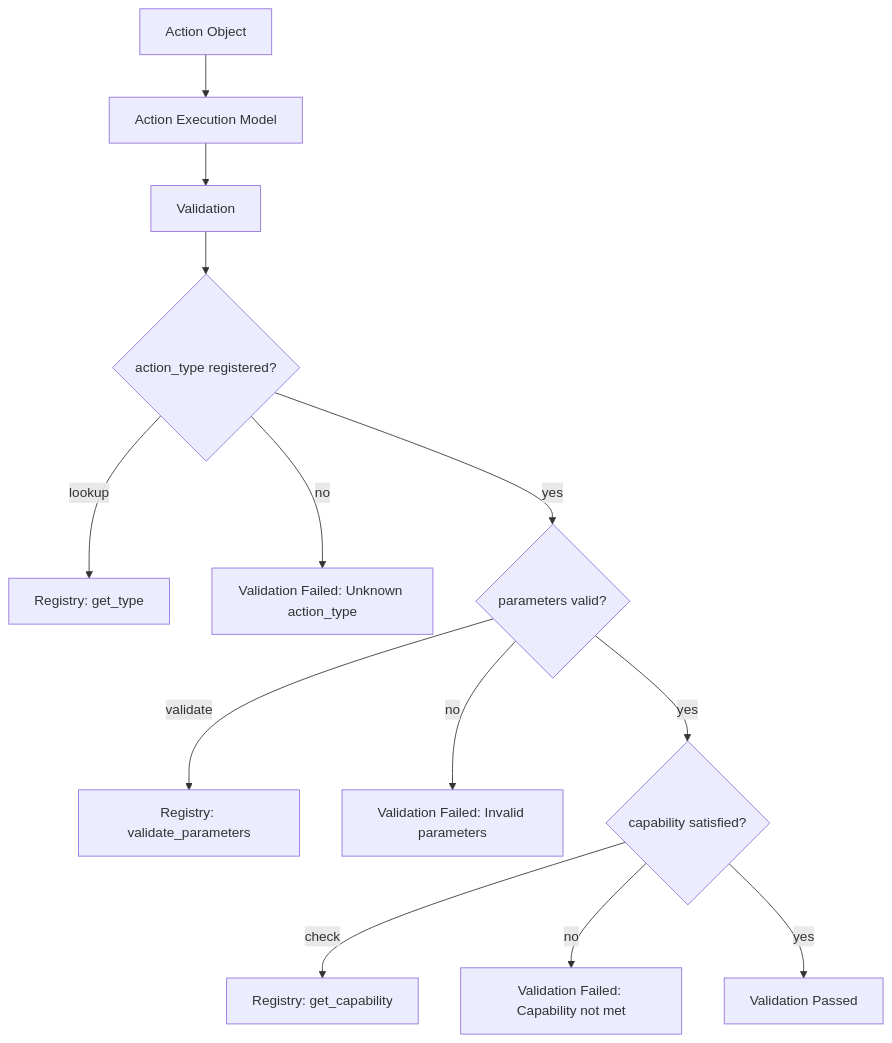
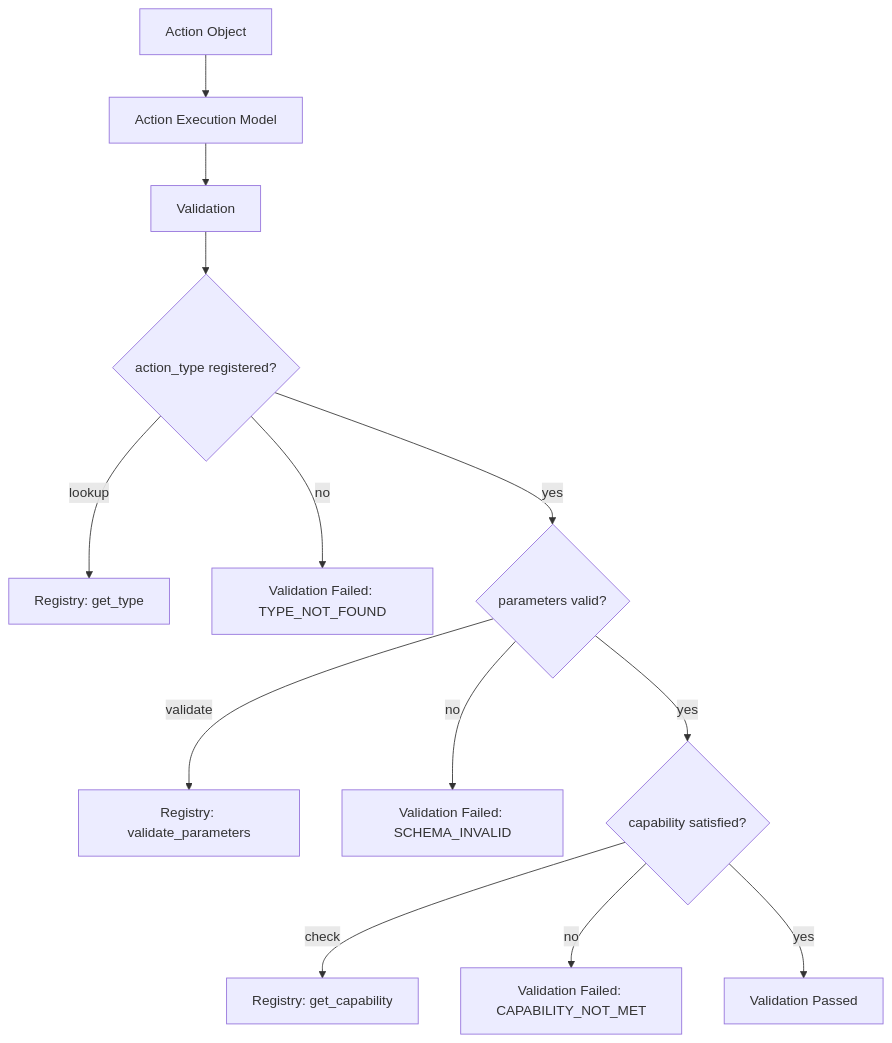
One commit to yueseyeyu/ai-narrative-rpg-engine changed diagram 12 of 12 in docs/02_Architecture/Action_Registry.md. Above: the diagram before and after it, drawn with Mermaid. The commit also changed other lines of this file and 43 other files, not shown here.

Commit message:
feat: Architecture Baseline v1.0 Frozen + MVP-0 Validation (4/4 contract tests passing)

````diff
--- a/docs/02_Architecture/Action_Registry.md
+++ b/docs/02_Architecture/Action_Registry.md
@@ -501,15 +768,15 @@
 ```mermaid
 flowchart TD
     ACT[Action Object] --> AEM[Action Execution Model]
     AEM --> VAL[Validation]
     VAL --> Q1{action_type registered?}
     Q1 -->|lookup| REG1[Registry: get_type]
-    Q1 -->|no| FAIL1[Validation Failed: Unknown action_type]
+    Q1 -->|no| FAIL1[Validation Failed: TYPE_NOT_FOUND]
     Q1 -->|yes| Q2{parameters valid?}
     Q2 -->|validate| REG2[Registry: validate_parameters]
-    Q2 -->|no| FAIL2[Validation Failed: Invalid parameters]
+    Q2 -->|no| FAIL2[Validation Failed: SCHEMA_INVALID]
     Q2 -->|yes| Q3{capability satisfied?}
     Q3 -->|check| REG3[Registry: get_capability]
-    Q3 -->|no| FAIL3[Validation Failed: Capability not met]
+    Q3 -->|no| FAIL3[Validation Failed: CAPABILITY_NOT_MET]
     Q3 -->|yes| PASS[Validation Passed]
 ```
````
